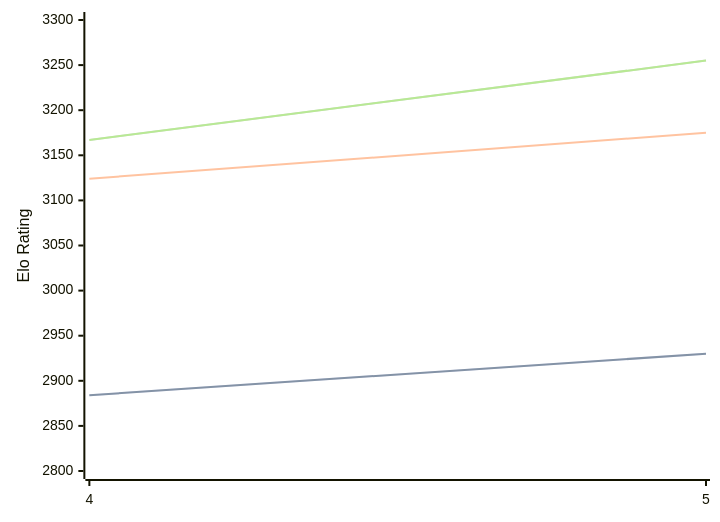
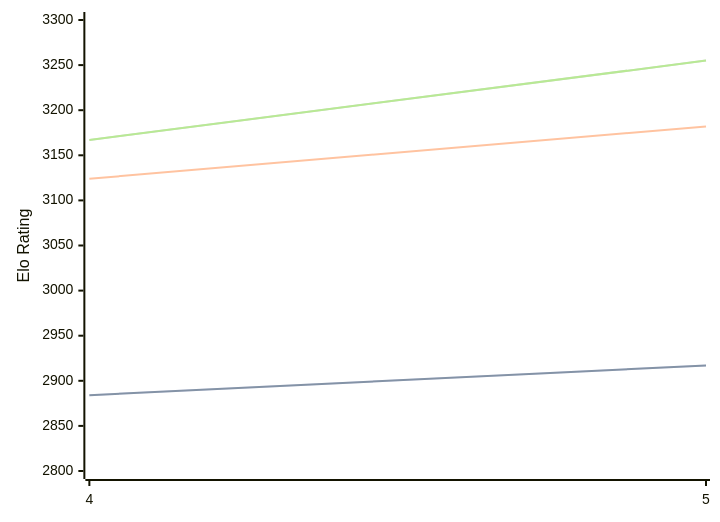
The diagram in engines/Cwtch.md (computer-chess-index/cci), drawn with Mermaid before and after one commit. The commit also changed other lines of this file, not shown here.

Commit message:
Update CCI Ratings (ELO VLTC) - 2026-04-16

````diff
--- a/engines/Cwtch.md
+++ b/engines/Cwtch.md
@@ -34,11 +34,11 @@
 ```mermaid
 %%{init: {"theme":"base","themeVariables":{"seriesColors:['#a3a3a3','#222221','#faa371']}}}%%
 xychart-beta
   x-axis ["4", "5"]
   y-axis "Elo Rating" 2800 --> 3300
-  line "STC (8.0+0.08s)" [2884, 2930]
-  line "STC (8.0+0.08s)" [2884, 2930]
-  line "LTC (60.0+0.60s)" [3124, 3175]
+  line "STC (8.0+0.08s)" [2884, 2917]
+  line "STC (8.0+0.08s)" [2884, 2917]
+  line "LTC (60.0+0.60s)" [3124, 3182]
   line "VLTC (2m24s+1.12s)" [3167, 3255]
   line "VLTC (2m24s+1.12s)" [3167, 3255]
 ```
````
